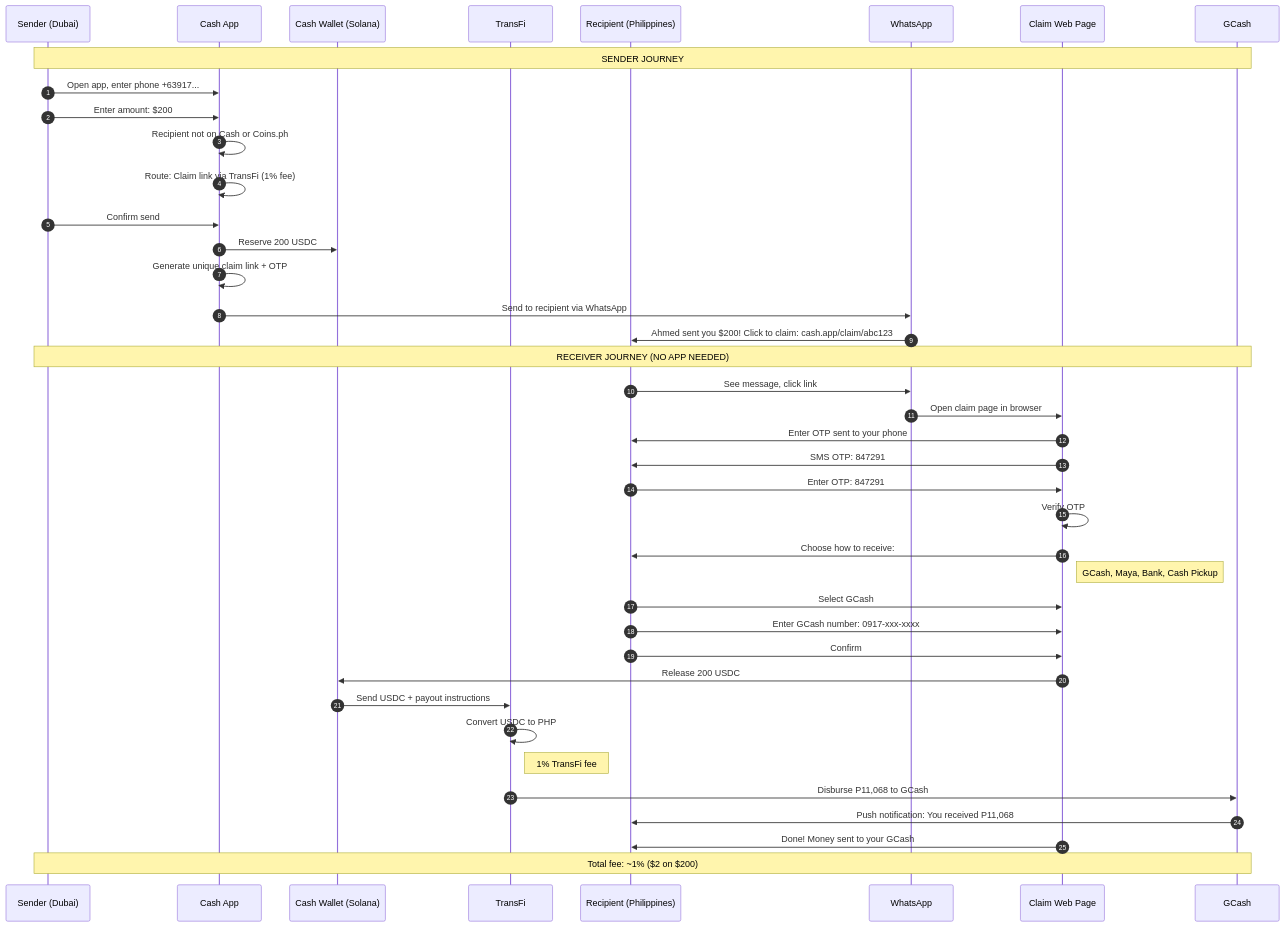
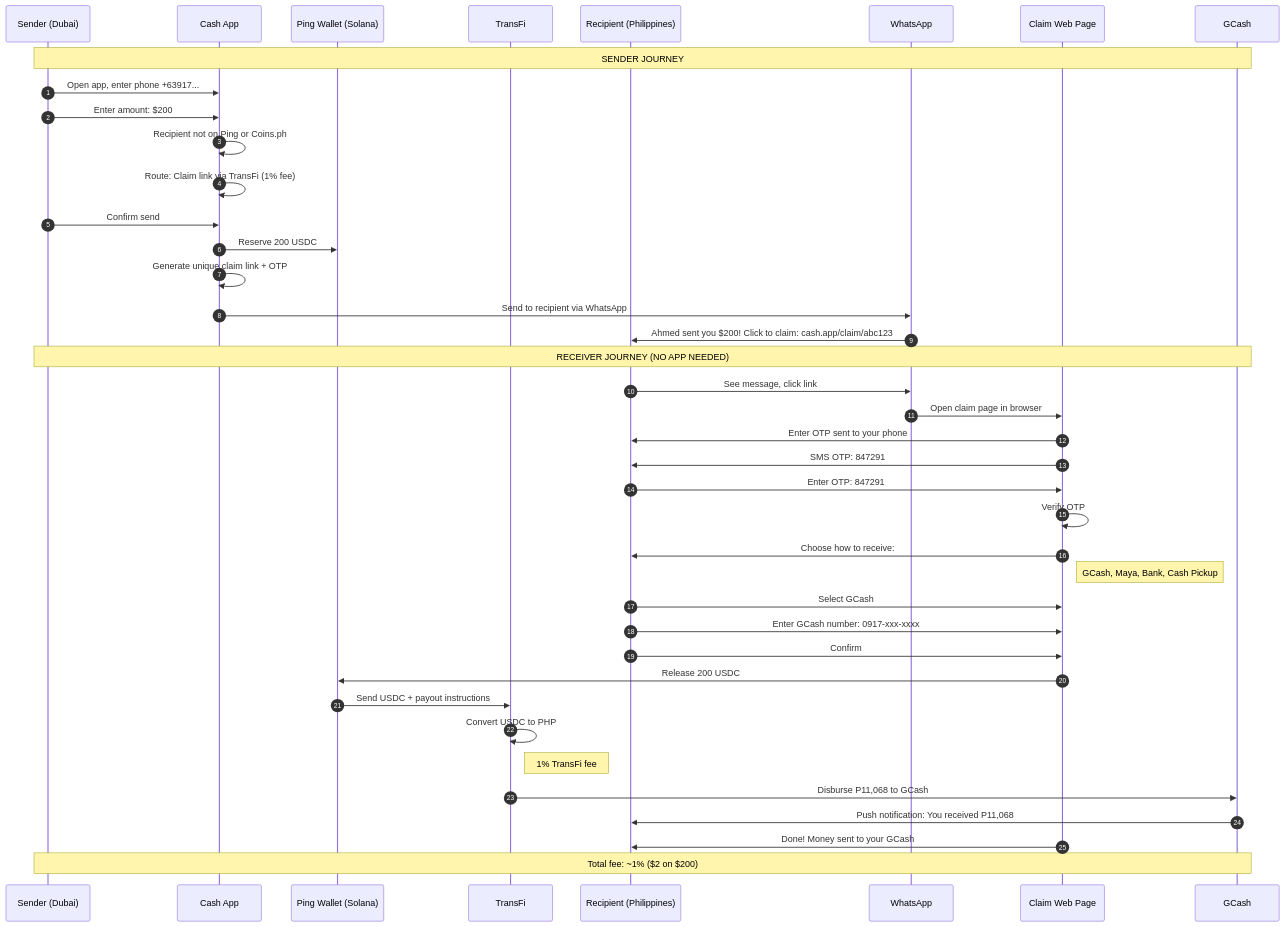
The fifth of 11 diagrams in docs/FLOWS.md (ping-cash/ping-cash), drawn with Mermaid before and after one commit. The commit also changed other lines of this file and 38 other files, not shown here.

First line of the commit message:
chore: rebrand Cash → Ping; migrate to ping-cash/ping-cash

````diff
--- a/docs/FLOWS.md
+++ b/docs/FLOWS.md
@@ -202,51 +202,51 @@
 ```mermaid
 sequenceDiagram
     autonumber
     participant S as Sender (Dubai)
     participant App as Cash App
-    participant CW as Cash Wallet (Solana)
+    participant CW as Ping Wallet (Solana)
     participant TF as TransFi
     participant R as Recipient (Philippines)
     participant WA as WhatsApp
     participant Web as Claim Web Page
     participant GC as GCash
 
     Note over S,GC: SENDER JOURNEY
 
     S->>App: Open app, enter phone +63917...
     S->>App: Enter amount: $200
-    App->>App: Recipient not on Cash or Coins.ph
+    App->>App: Recipient not on Ping or Coins.ph
     App->>App: Route: Claim link via TransFi (1% fee)
     S->>App: Confirm send
 
     App->>CW: Reserve 200 USDC
     App->>App: Generate unique claim link + OTP
     App->>WA: Send to recipient via WhatsApp
     WA->>R: Ahmed sent you $200! Click to claim: cash.app/claim/abc123
 
     Note over S,GC: RECEIVER JOURNEY (NO APP NEEDED)
 
     R->>WA: See message, click link
     WA->>Web: Open claim page in browser
     Web->>R: Enter OTP sent to your phone
     Web->>R: SMS OTP: 847291
     R->>Web: Enter OTP: 847291
     Web->>Web: Verify OTP
 
     Web->>R: Choose how to receive:
     Note right of Web: GCash, Maya, Bank, Cash Pickup
     R->>Web: Select GCash
     R->>Web: Enter GCash number: 0917-xxx-xxxx
     R->>Web: Confirm
 
     Web->>CW: Release 200 USDC
     CW->>TF: Send USDC + payout instructions
     TF->>TF: Convert USDC to PHP
     Note right of TF: 1% TransFi fee
     TF->>GC: Disburse P11,068 to GCash
     GC->>R: Push notification: You received P11,068
 
     Web->>R: Done! Money sent to your GCash
 
     Note over S,GC: Total fee: ~1% ($2 on $200)
 ```
````
